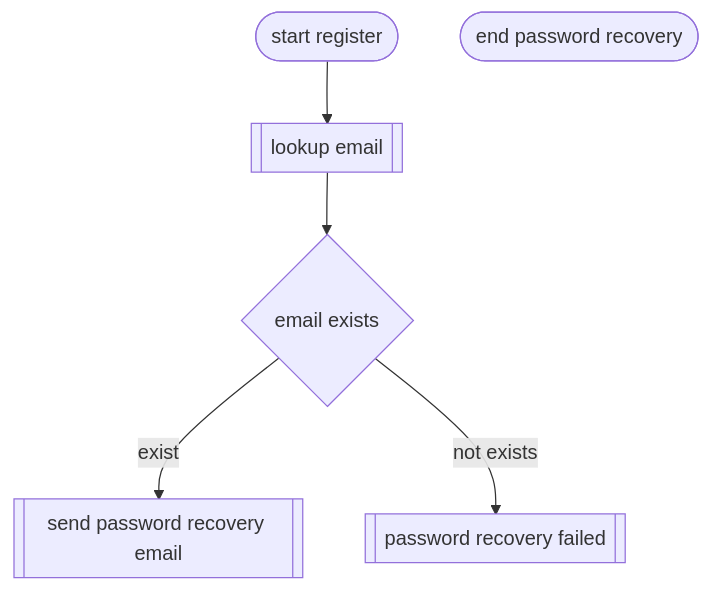
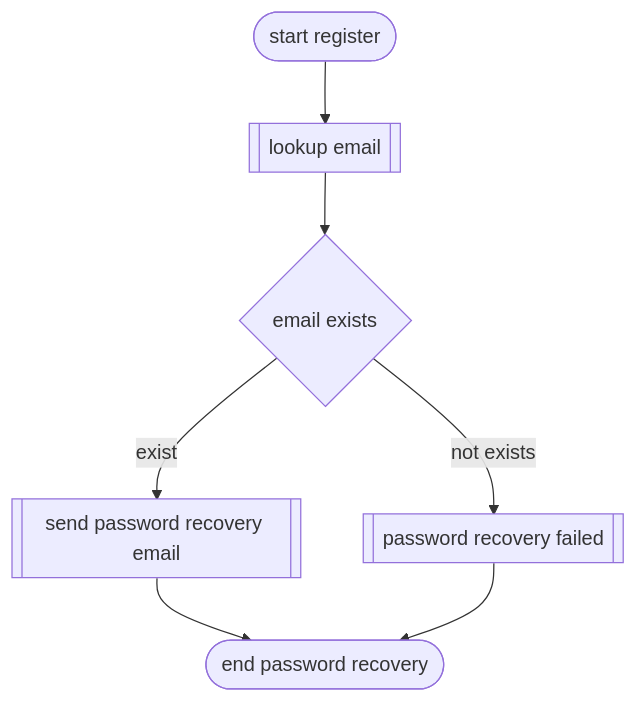
The second of 4 diagrams in en/development/authentication/password-recovery.md (compadsoftware/CompadOne-Docs), drawn with Mermaid before and after one commit. The commit also changed other lines of this file, not shown here.

````diff
--- a/en/development/authentication/password-recovery.md
+++ b/en/development/authentication/password-recovery.md
@@ -29,13 +29,16 @@
 ```mermaid
 flowchart TD
     start([start register])
     lookupemail[[lookup email]]
     start --> lookupemail
     checkemailexist{email exists}
     lookupemail --> checkemailexist
     checkemailexist --> |exist|sendPasswordRecoveryEmail
     checkemailexist --> |not exists|passwordRecoveryFailed
     sendPasswordRecoveryEmail[[send password recovery email]]
     passwordRecoveryFailed[[password recovery failed]]
+    sendPasswordRecoveryEmail --> endrecovery
+    passwordRecoveryFailed --> endrecovery
     endrecovery([end password recovery])
+
 ```
````
